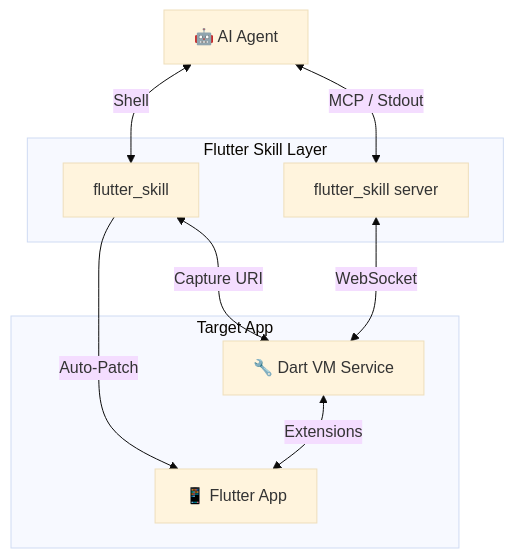
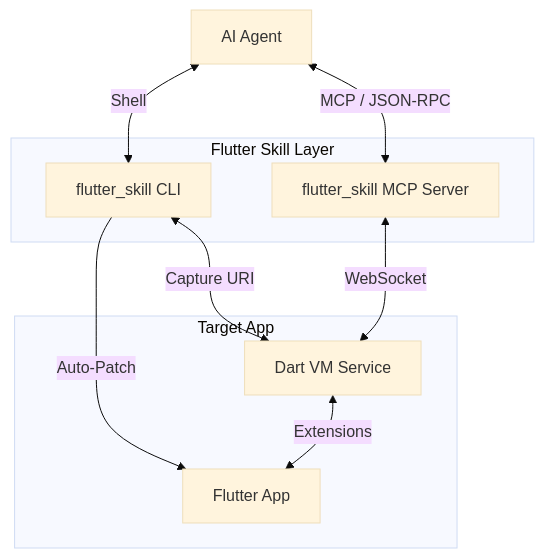
One commit to vinifig/flutter-skill-cli changed the diagram in README.md. Above: the diagram before and after it, drawn with Mermaid (base theme). The commit also changed other lines of this file and 2 other files, not shown here.

````diff
--- a/README.md
+++ b/README.md
@@ -38,19 +84,19 @@
 ```mermaid
 graph TD
-    Agent[🤖 AI Agent]
+    Agent[AI Agent]
     subgraph "Flutter Skill Layer"
-        CLI[flutter_skill]
-        MCP[flutter_skill server]
+        CLI[flutter_skill CLI]
+        MCP[flutter_skill MCP Server]
     end
     subgraph "Target App"
-        App[📱 Flutter App]
-        VM[🔧 Dart VM Service]
+        App[Flutter App]
+        VM[Dart VM Service]
     end
 
-    Agent <-->|MCP / Stdout| MCP
+    Agent <-->|MCP / JSON-RPC| MCP
     Agent <-->|Shell| CLI
     CLI -->|Auto-Patch| App
     CLI <-->|Capture URI| VM
     MCP <-->|WebSocket| VM
     VM <-->|Extensions| App
 ```
````
